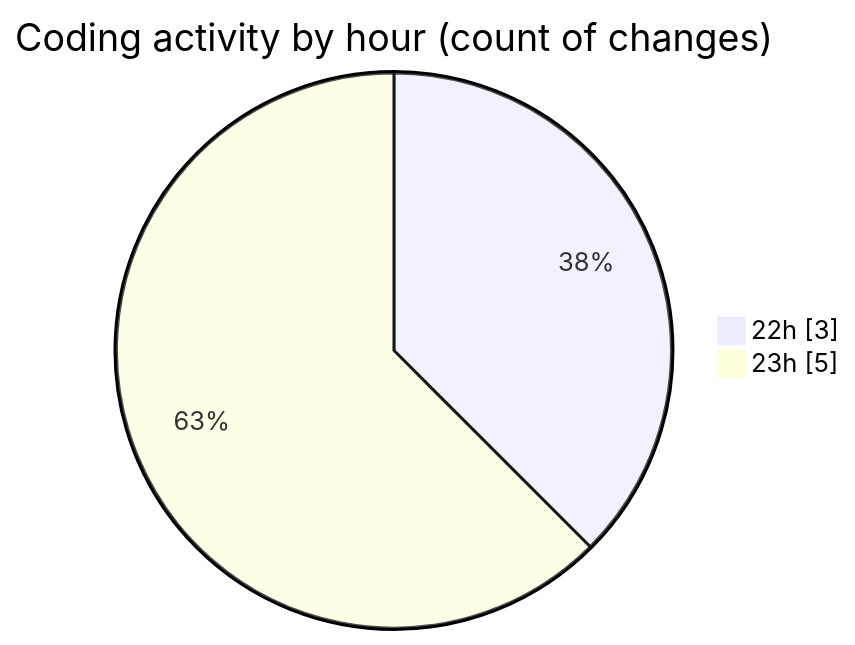
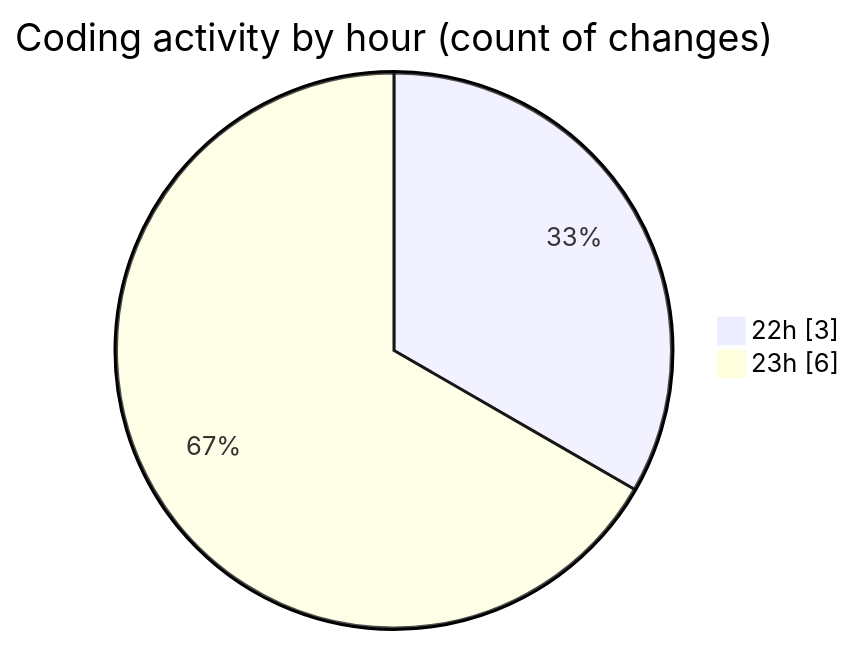
Before and after one commit to donsfak/code-tracking: the second of 2 diagrams in 2025-03-13/ai_agent/README.md, drawn with Mermaid. The commit also changed other lines of this file and 1 other file, not shown here.

````diff
--- a/2025-03-13/ai_agent/README.md
+++ b/2025-03-13/ai_agent/README.md
@@ -33,6 +35,6 @@
 ```mermaid
 pie showData
 title Coding activity by hour (count of changes)
 "22h" : 3
-"23h" : 5
+"23h" : 6
 ```
````
